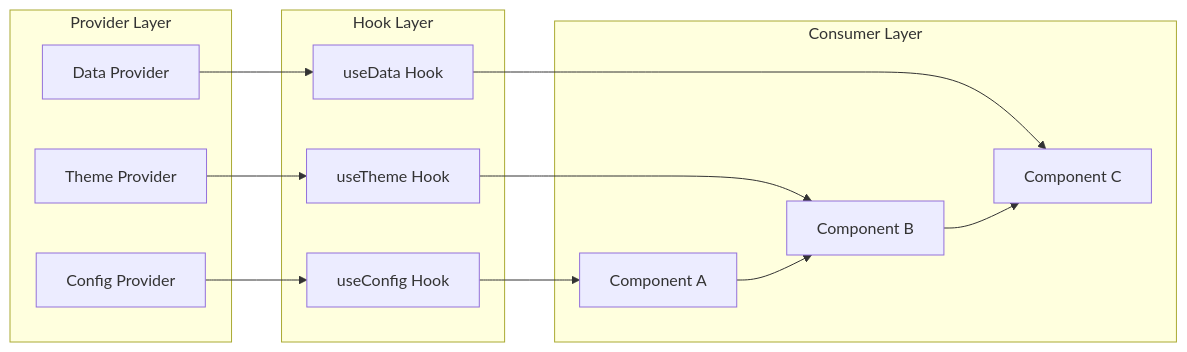
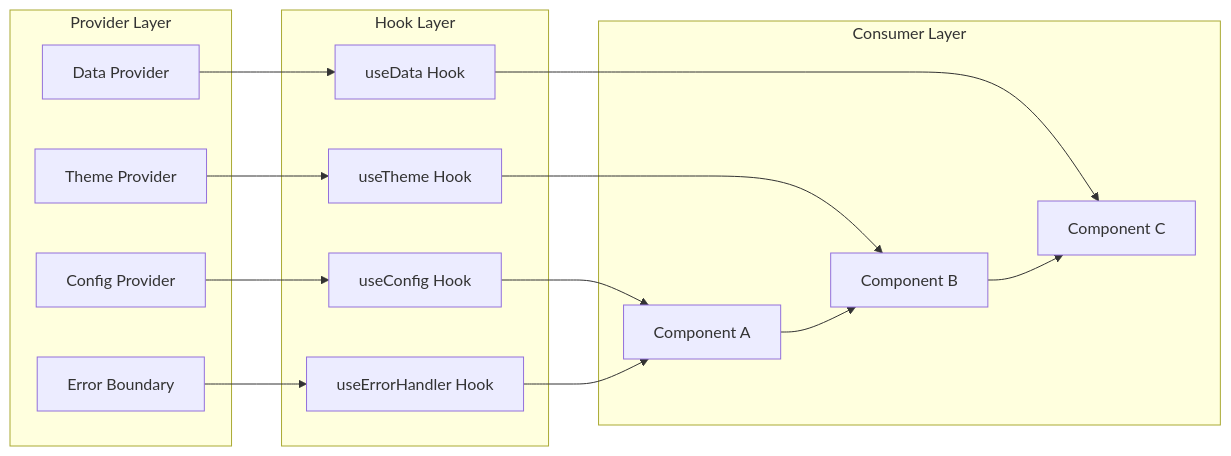
Before and after one commit to Theja4/podiummomentum: the sixth of 7 diagrams in .qoder/repowiki/en/content/Architecture Overview/Core Architecture Patterns.md, drawn with Mermaid. The commit also changed other lines of this file and 48 other files, not shown here.

````diff
--- a/.qoder/repowiki/en/content/Architecture Overview/Core Architecture Patterns.md
+++ b/.qoder/repowiki/en/content/Architecture Overview/Core Architecture Patterns.md
@@ -269,26 +286,30 @@
 ```mermaid
 graph LR
 subgraph "Provider Layer"
 Config_Provider[Config Provider]
 Theme_Provider[Theme Provider]
 Data_Provider[Data Provider]
+Error_Boundary[Error Boundary]
 end
 subgraph "Consumer Layer"
 Component_A[Component A]
 Component_B[Component B]
 Component_C[Component C]
 end
 subgraph "Hook Layer"
 useConfig[useConfig Hook]
 useTheme[useTheme Hook]
 useData[useData Hook]
+useErrorHandler[useErrorHandler Hook]
 end
 Config_Provider --> useConfig
 Theme_Provider --> useTheme
 Data_Provider --> useData
+Error_Boundary --> useErrorHandler
 useConfig --> Component_A
 useTheme --> Component_B
 useData --> Component_C
+useErrorHandler --> Component_A
 Component_A --> Component_B
 Component_B --> Component_C
 ```
````
